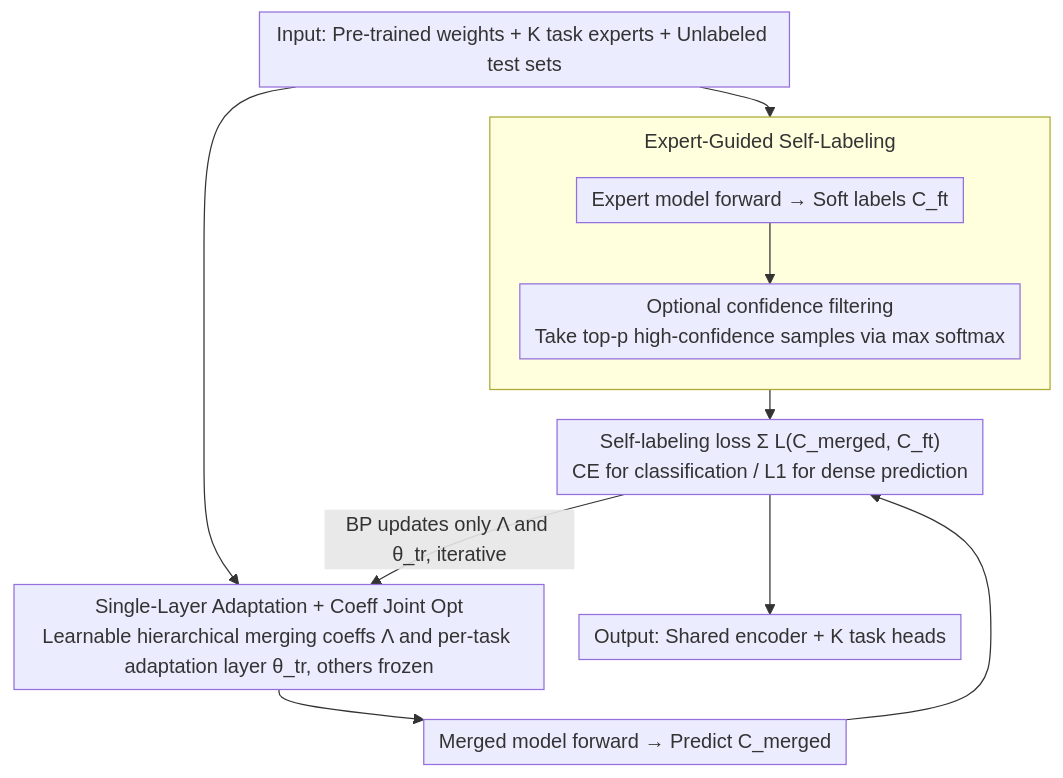
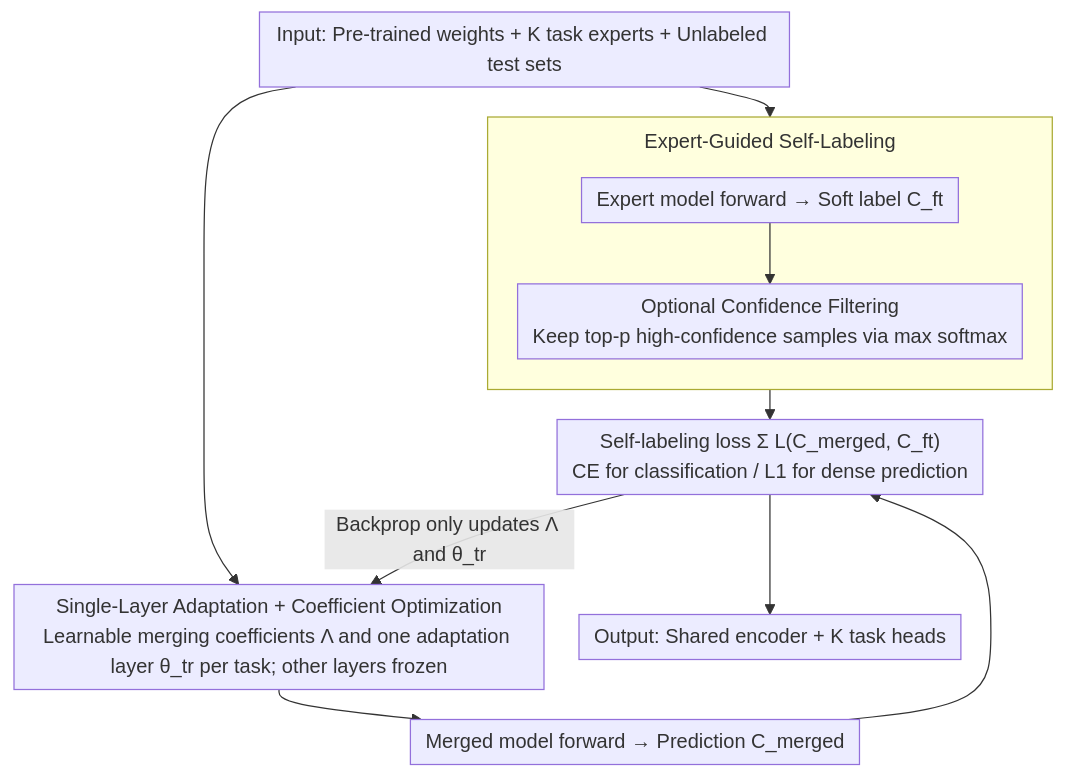
Before and after one commit to zhaoyang97/Paper-Notes-en: the diagram in docs/ICML2026/optimization/symerge_from_non-interference_to_synergistic_merging_via_single-layer_adaptation.md, drawn with Mermaid. The commit also changed other lines of this file and 5084 other files, not shown here.

````diff
--- a/docs/ICML2026/optimization/symerge_from_non-interference_to_synergistic_merging_via_single-layer_adaptation.md
+++ b/docs/ICML2026/optimization/symerge_from_non-interference_to_synergistic_merging_via_single-layer_adaptation.md
@@ -41,16 +41,16 @@
 ```mermaid
 %%{init: {'flowchart': {'rankSpacing': 24, 'nodeSpacing': 28, 'padding': 6, 'wrappingWidth': 400, 'subGraphTitleMargin': {'top': 8, 'bottom': 16}}}}%%
 flowchart TD
     IN["Input: Pre-trained weights + K task experts + Unlabeled test sets"]
-    IN --> ENC["Single-Layer Adaptation + Coeff Joint Opt<br/>Learnable hierarchical merging coeffs Λ and per-task adaptation layer θ_tr, others frozen"]
-    ENC --> FWD["Merged model forward → Predict C_merged"]
+    IN --> ENC["Single-Layer Adaptation + Coefficient Optimization<br/>Learnable merging coefficients Λ and one adaptation layer θ_tr per task; other layers frozen"]
+    ENC --> FWD["Merged model forward → Prediction C_merged"]
     subgraph TEACH["Expert-Guided Self-Labeling"]
         direction TB
-        TEA["Expert model forward → Soft labels C_ft"] --> FILT["Optional confidence filtering<br/>Take top-p high-confidence samples via max softmax"]
+        TEA["Expert model forward → Soft label C_ft"] --> FILT["Optional Confidence Filtering<br/>Keep top-p high-confidence samples via max softmax"]
     end
     IN --> TEA
     FWD --> LOSS["Self-labeling loss Σ L(C_merged, C_ft)<br/>CE for classification / L1 for dense prediction"]
     FILT --> LOSS
-    LOSS -->|BP updates only Λ and θ_tr, iterative| ENC
+    LOSS -->|Backprop only updates Λ and θ_tr| ENC
     LOSS --> OUT["Output: Shared encoder + K task heads"]
 ```
````
